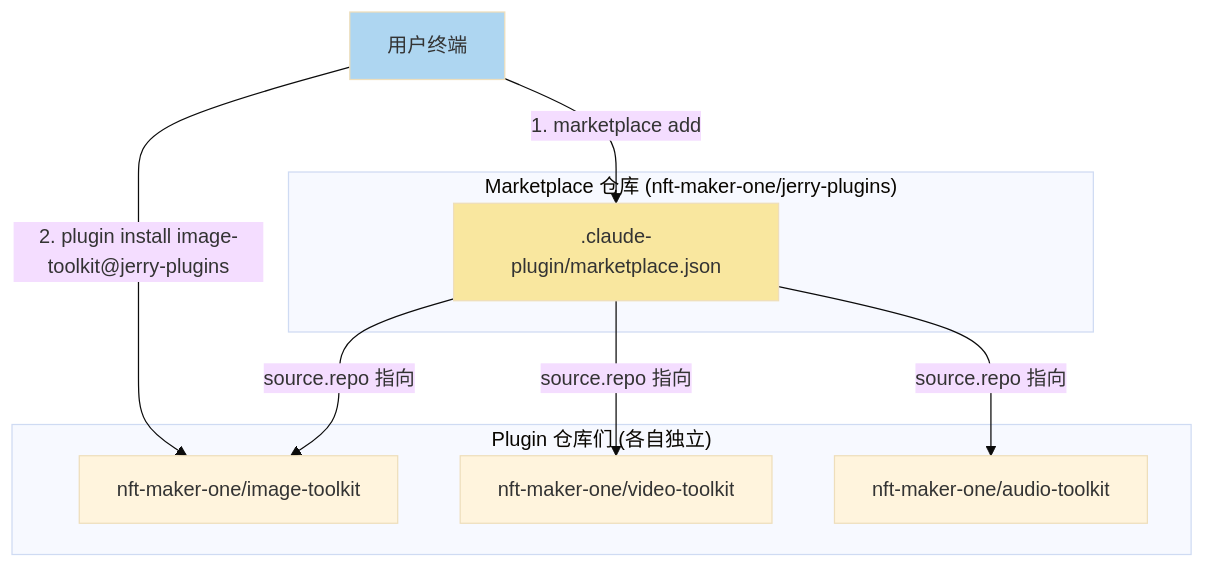
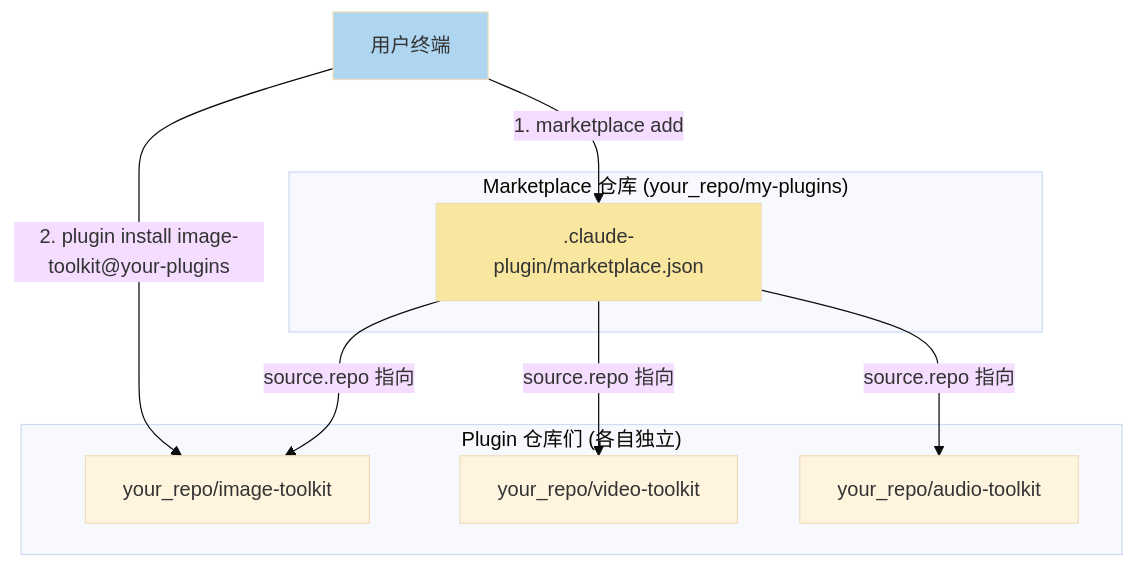
One commit to nft-maker-one/claude_course changed the third of 5 diagrams in day13_code_review/plugin_marketplace_guide.md. Above: the diagram before and after it, drawn with Mermaid (base theme). The commit also changed other lines of this file and 12 other files, not shown here.

````diff
--- a/day13_code_review/plugin_marketplace_guide.md
+++ b/day13_code_review/plugin_marketplace_guide.md
@@ -266,22 +266,22 @@
 ```mermaid
 graph TB
-    subgraph "Marketplace 仓库 (nft-maker-one/jerry-plugins)"
+    subgraph "Marketplace 仓库 (your_repo/my-plugins)"
         MJ[".claude-plugin/marketplace.json"]
     end
 
     subgraph "Plugin 仓库们 (各自独立)"
-        P1["nft-maker-one/image-toolkit"]
-        P2["nft-maker-one/video-toolkit"]
-        P3["nft-maker-one/audio-toolkit"]
+        P1["your_repo/image-toolkit"]
+        P2["your_repo/video-toolkit"]
+        P3["your_repo/audio-toolkit"]
     end
 
     MJ -->|"source.repo 指向"| P1
     MJ -->|"source.repo 指向"| P2
     MJ -->|"source.repo 指向"| P3
 
     U["用户终端"] -->|"1. marketplace add"| MJ
-    U -->|"2. plugin install image-toolkit@jerry-plugins"| P1
+    U -->|"2. plugin install image-toolkit@your-plugins"| P1
 
     style MJ fill:#f9e79f
     style U fill:#aed6f1
 ```
````
